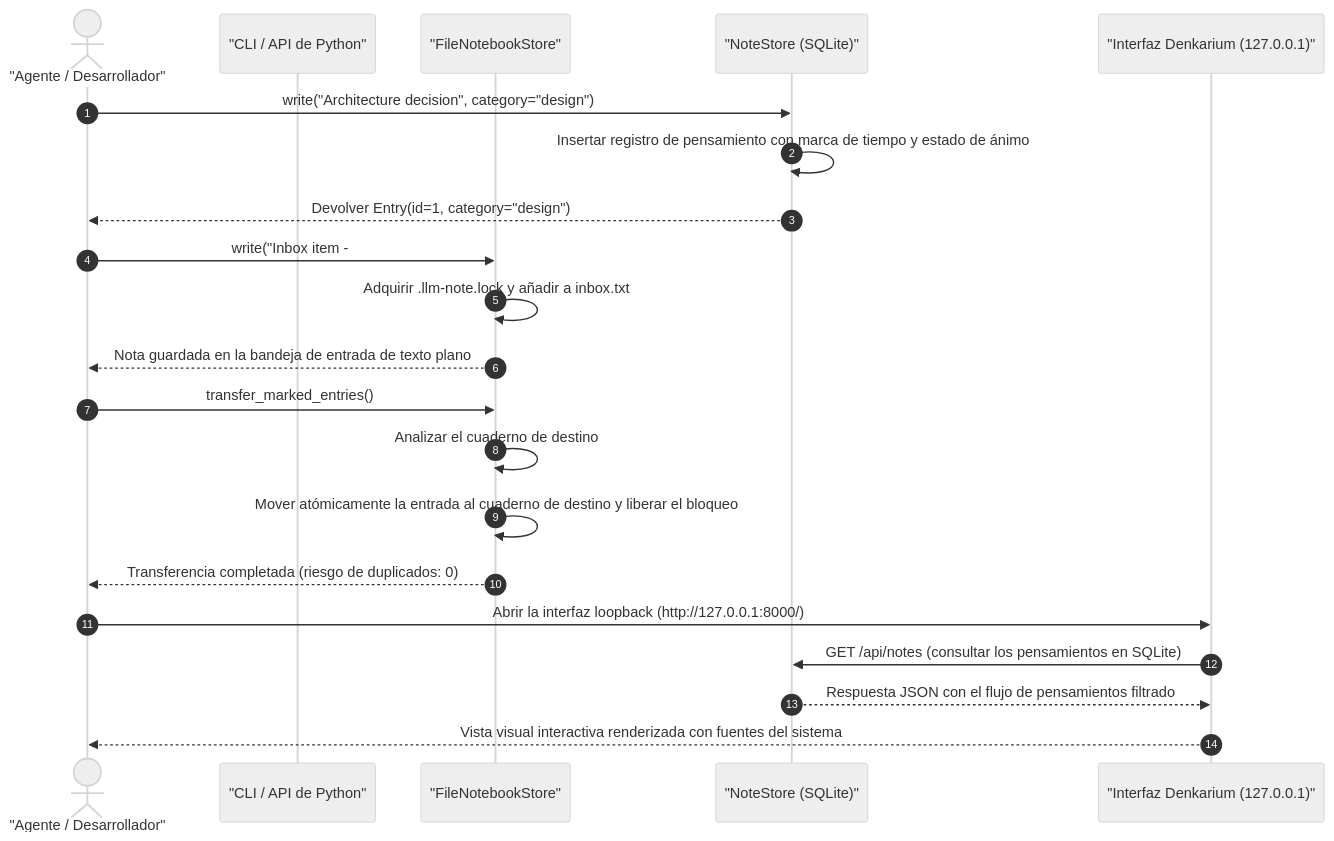
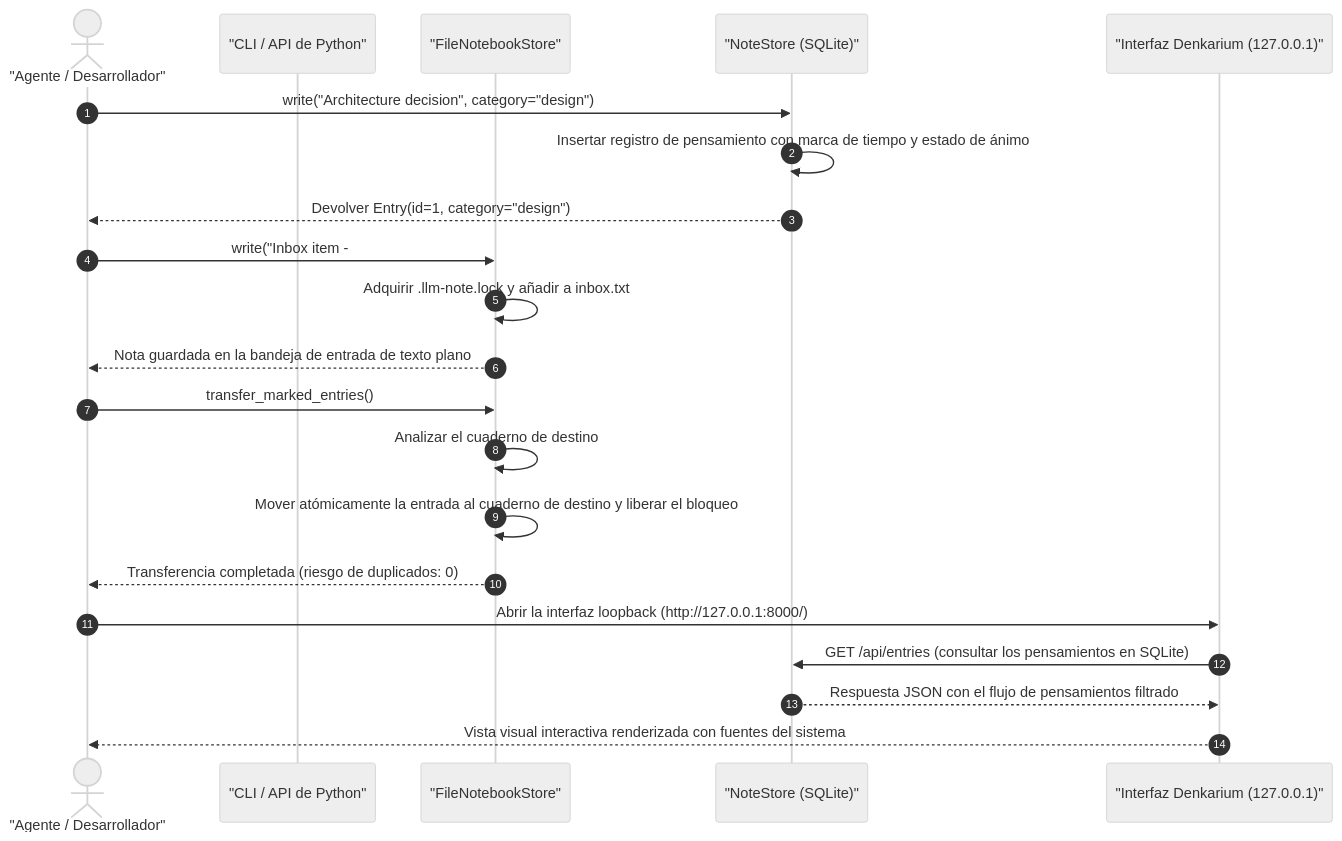
One commit to doc-bricks/llm-note changed the second of 2 diagrams in README_es.md. Above: the diagram before and after it, drawn with Mermaid (neutral theme). The commit also changed other lines of this file and 9 other files, not shown here.

````diff
--- a/README_es.md
+++ b/README_es.md
@@ -142,27 +142,27 @@
 ```mermaid
 sequenceDiagram
     autonumber
     actor UserOrAgent as "Agente / Desarrollador"
     participant CLI as "CLI / API de Python"
     participant FileStore as "FileNotebookStore"
     participant NoteStore as "NoteStore (SQLite)"
     participant Denkarium as "Interfaz Denkarium (127.0.0.1)"
 
     UserOrAgent ->> NoteStore: write("Architecture decision", category="design")
     NoteStore ->> NoteStore: Insertar registro de pensamiento con marca de tiempo y estado de ánimo
     NoteStore -->> UserOrAgent: Devolver Entry(id=1, category="design")
 
     UserOrAgent ->> FileStore: write("Inbox item - #NB: Project Ideas")
     FileStore ->> FileStore: Adquirir .llm-note.lock y añadir a inbox.txt
     FileStore -->> UserOrAgent: Nota guardada en la bandeja de entrada de texto plano
 
     UserOrAgent ->> FileStore: transfer_marked_entries()
     FileStore ->> FileStore: Analizar el cuaderno de destino #NB: y asignar un #LLM-NOTE-ID estable
     FileStore ->> FileStore: Mover atómicamente la entrada al cuaderno de destino y liberar el bloqueo
     FileStore -->> UserOrAgent: Transferencia completada (riesgo de duplicados: 0)
 
     UserOrAgent ->> Denkarium: Abrir la interfaz loopback (http://127.0.0.1:8000/)
-    Denkarium ->> NoteStore: GET /api/notes (consultar los pensamientos en SQLite)
+    Denkarium ->> NoteStore: GET /api/entries (consultar los pensamientos en SQLite)
     NoteStore -->> Denkarium: Respuesta JSON con el flujo de pensamientos filtrado
     Denkarium -->> UserOrAgent: Vista visual interactiva renderizada con fuentes del sistema
 ```
````
